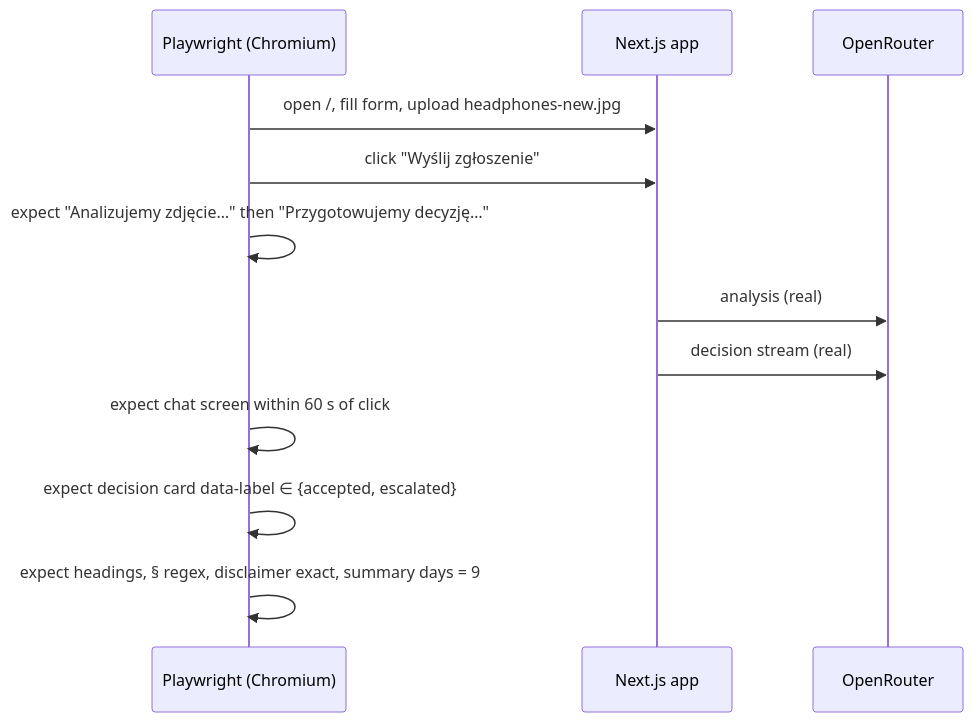
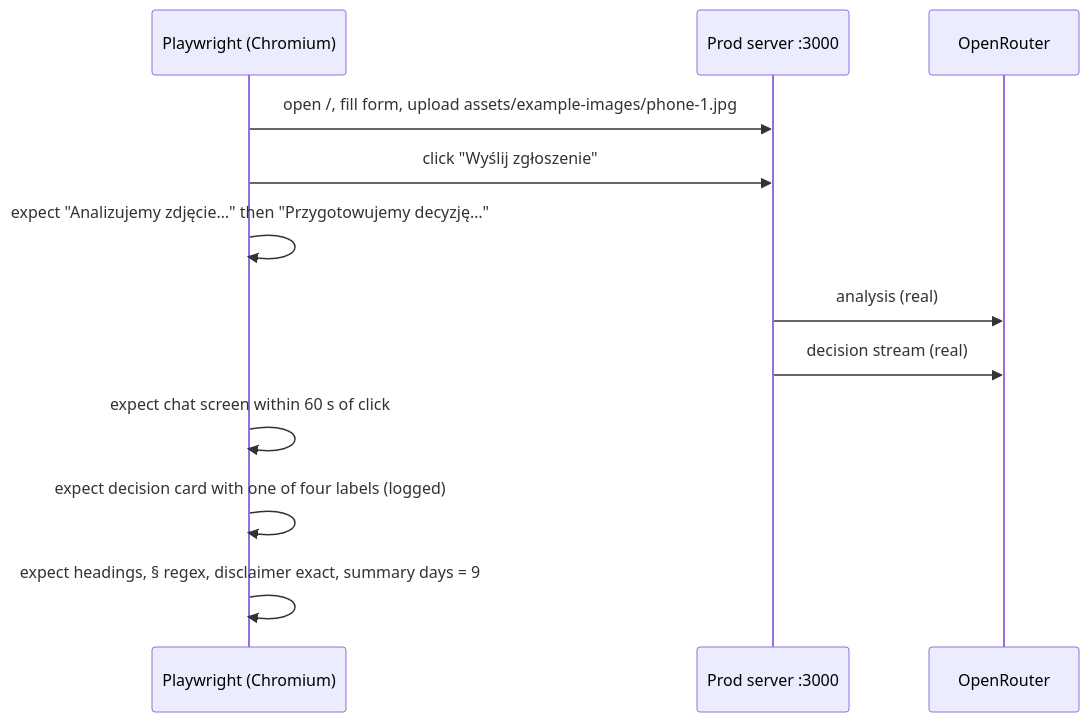
One commit to LucasMatuszewski/jsystems-claude-code-2026-10 changed the third of 3 diagrams in docs/ADR/005-testing.md. Above: the diagram before and after it, drawn with Mermaid. The commit also changed other lines of this file and 3 other files, not shown here.

````diff
--- a/docs/ADR/005-testing.md
+++ b/docs/ADR/005-testing.md
@@ -241,14 +273,14 @@
 ```mermaid
 sequenceDiagram
     participant PW as Playwright (Chromium)
-    participant App as Next.js app
+    participant App as Prod server :3000
     participant OR as OpenRouter
-    PW->>App: open /, fill form, upload headphones-new.jpg
+    PW->>App: open /, fill form, upload assets/example-images/phone-1.jpg
     PW->>App: click "Wyślij zgłoszenie"
     PW->>PW: expect "Analizujemy zdjęcie…" then "Przygotowujemy decyzję…"
     App->>OR: analysis (real)
     App->>OR: decision stream (real)
     PW->>PW: expect chat screen within 60 s of click
-    PW->>PW: expect decision card data-label ∈ {accepted, escalated}
+    PW->>PW: expect decision card with one of four labels (logged)
     PW->>PW: expect headings, § regex, disclaimer exact, summary days = 9
 ```
````
